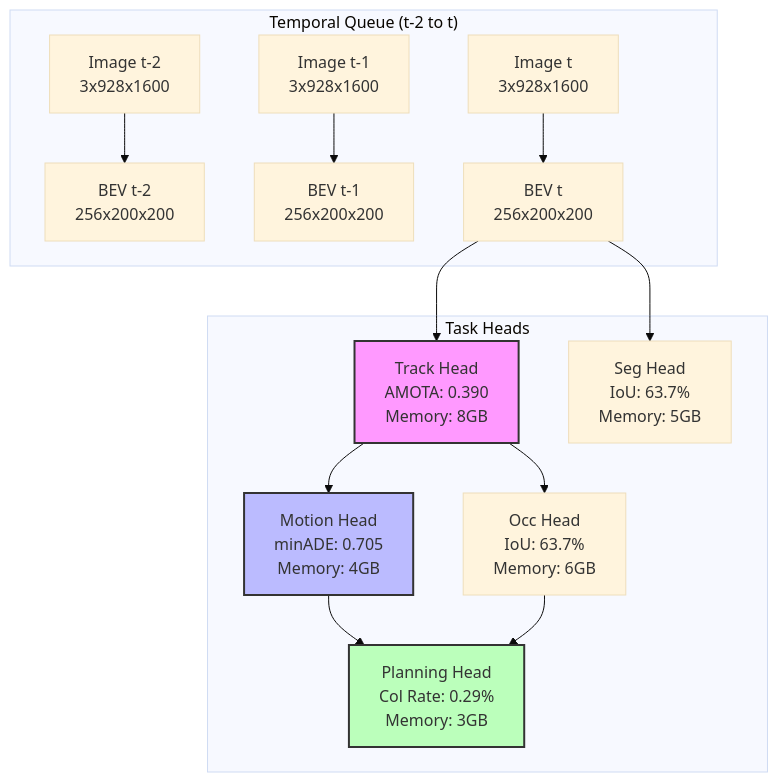
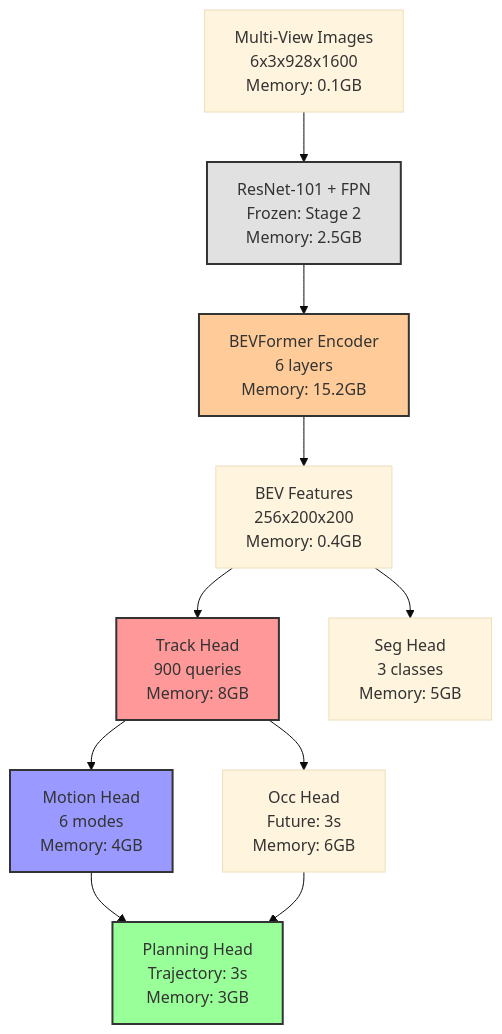
Before and after one commit to litanlitudan/UniAD: the third of 6 diagrams in tools/pytorch_op_tracer/SPEC.md, drawn with Mermaid (base theme). The commit also changed other lines of this file, not shown here.

Commit message:
feat: enhance DataflowVisualizer with hierarchical visualization and module expansion features

````diff
--- a/tools/pytorch_op_tracer/SPEC.md
+++ b/tools/pytorch_op_tracer/SPEC.md
@@ -363,21 +498,25 @@
 ```mermaid
 graph TB
-    subgraph "Temporal Queue (t-2 to t)"
-        I1[Image t-2<br/>3x928x1600] --> BEV1[BEV t-2<br/>256x200x200]
-        I2[Image t-1<br/>3x928x1600] --> BEV2[BEV t-1<br/>256x200x200]
-        I3[Image t<br/>3x928x1600] --> BEV3[BEV t<br/>256x200x200]
-    end
-
-    subgraph "Task Heads"
-        BEV3 --> Track[Track Head<br/>AMOTA: 0.390<br/>Memory: 8GB]
-        BEV3 --> Seg[Seg Head<br/>IoU: 63.7%<br/>Memory: 5GB]
-        Track --> Motion[Motion Head<br/>minADE: 0.705<br/>Memory: 4GB]
-        Track --> Occ[Occ Head<br/>IoU: 63.7%<br/>Memory: 6GB]
-        Motion --> Plan[Planning Head<br/>Col Rate: 0.29%<br/>Memory: 3GB]
-        Occ --> Plan
-    end
-
-    style Track fill:#f9f,stroke:#333,stroke-width:2px
-    style Motion fill:#bbf,stroke:#333,stroke-width:2px
-    style Plan fill:#bfb,stroke:#333,stroke-width:2px
+    %% Default view showing only major modules
+    Input[Multi-View Images<br/>6x3x928x1600<br/>Memory: 0.1GB] --> Backbone[ResNet-101 + FPN<br/>Frozen: Stage 2<br/>Memory: 2.5GB]
+    
+    Backbone --> BEVEncoder[BEVFormer Encoder<br/>6 layers<br/>Memory: 15.2GB]
+    
+    BEVEncoder --> BEVFeatures[BEV Features<br/>256x200x200<br/>Memory: 0.4GB]
+    
+    BEVFeatures --> TrackHead[Track Head<br/>900 queries<br/>Memory: 8GB]
+    BEVFeatures --> SegHead[Seg Head<br/>3 classes<br/>Memory: 5GB]
+    
+    TrackHead --> MotionHead[Motion Head<br/>6 modes<br/>Memory: 4GB]
+    TrackHead --> OccHead[Occ Head<br/>Future: 3s<br/>Memory: 6GB]
+    
+    MotionHead --> PlanHead[Planning Head<br/>Trajectory: 3s<br/>Memory: 3GB]
+    OccHead --> PlanHead
+    
+    %% Style for different module types
+    style Backbone fill:#e1e1e1,stroke:#333,stroke-width:2px
+    style BEVEncoder fill:#ffcc99,stroke:#333,stroke-width:2px
+    style TrackHead fill:#ff9999,stroke:#333,stroke-width:2px
+    style MotionHead fill:#9999ff,stroke:#333,stroke-width:2px
+    style PlanHead fill:#99ff99,stroke:#333,stroke-width:2px
 ```
````
